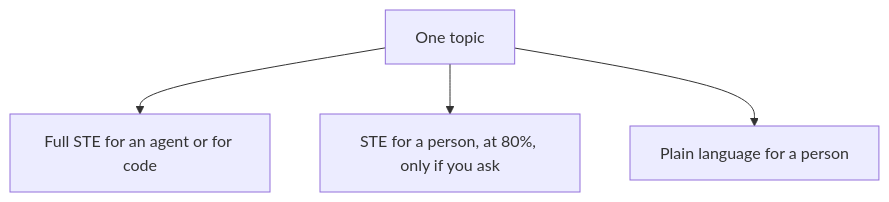
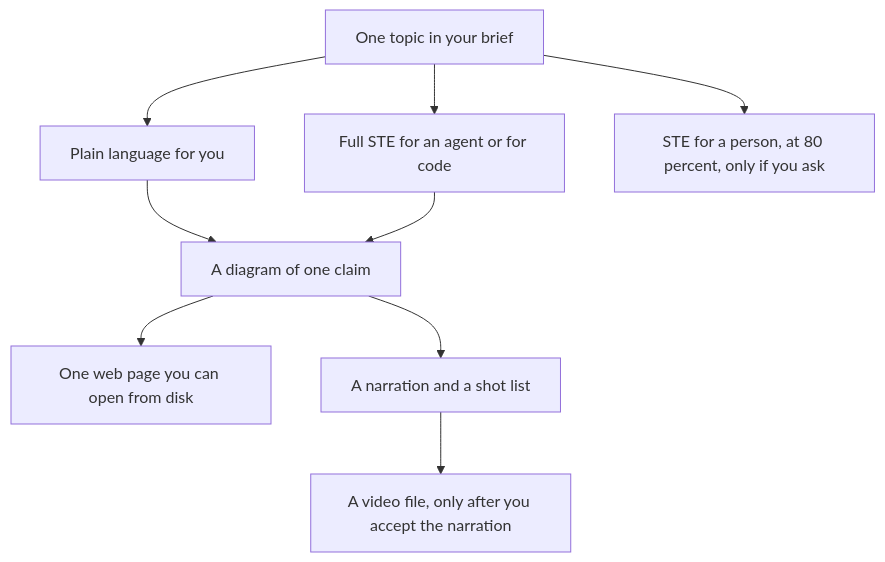
Before and after one commit to dvogeldev/doc-clarity: the first of 7 diagrams in README.md, drawn with Mermaid. The commit also changed other lines of this file and 1 other file, not shown here.

````diff
--- a/README.md
+++ b/README.md
@@ -15,7 +11,12 @@
 ```mermaid
 flowchart TD
-  topic[One topic]
+  topic[One topic in your brief]
   topic --> machine[Full STE for an agent or for code]
-  topic --> ste["STE for a person, at 80%, only if you ask"]
-  topic --> plain[Plain language for a person]
+  topic --> plain[Plain language for you]
+  topic --> ste["STE for a person, at 80 percent, only if you ask"]
+  plain --> diagram[A diagram of one claim]
+  machine --> diagram
+  diagram --> page[One web page you can open from disk]
+  diagram --> video[A narration and a shot list]
+  video --> film[A video file, only after you accept the narration]
 ```
````
